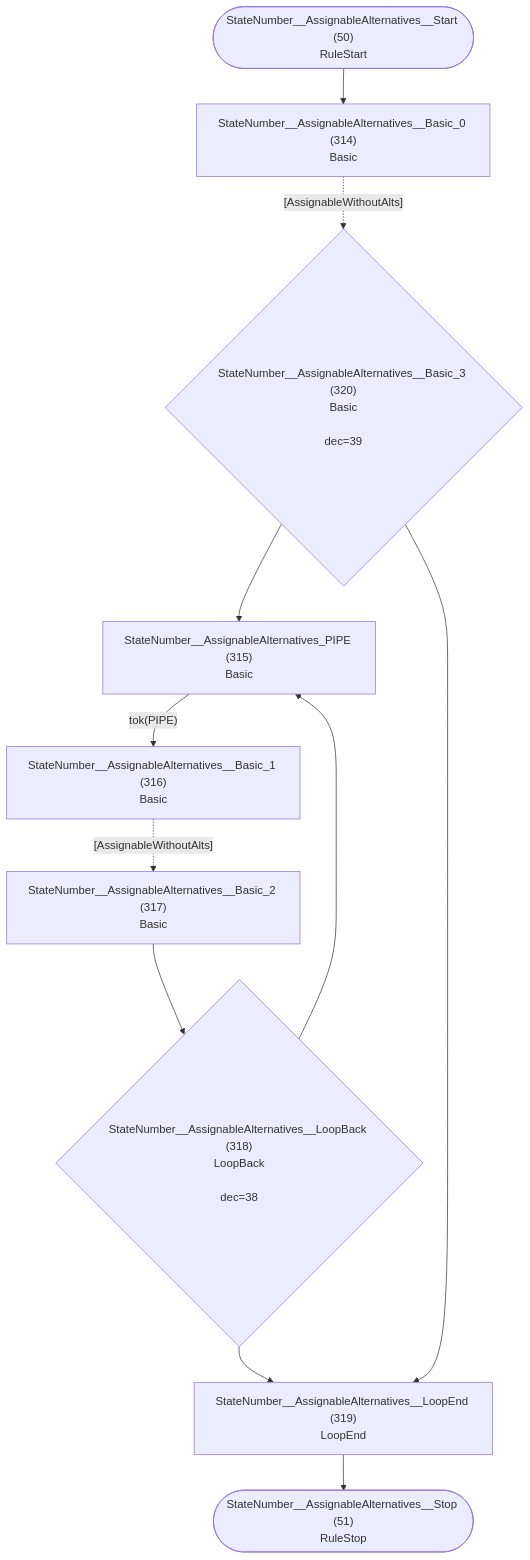
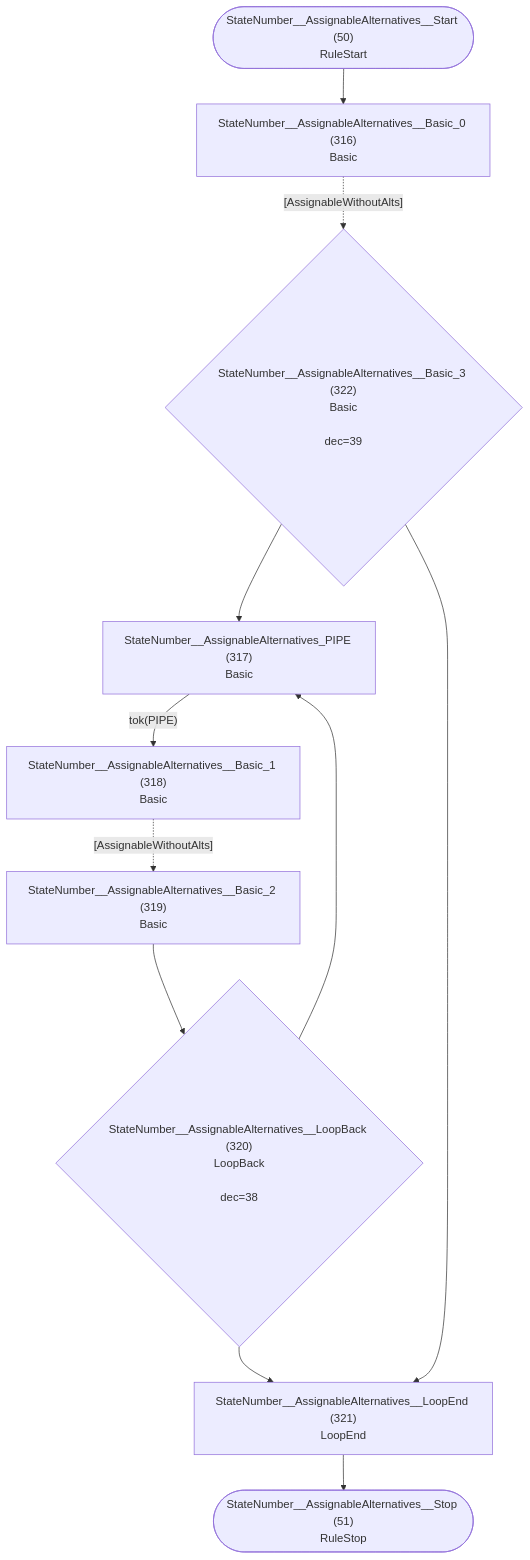
Before and after one commit to TypeFox/fastbelt: diagram 26 of 33 in internal/grammar/atn.md, drawn with Mermaid. The commit also changed other lines of this file and 6 other files, not shown here.

````diff
--- a/internal/grammar/atn.md
+++ b/internal/grammar/atn.md
@@ -805,23 +810,23 @@
 ```mermaid
 flowchart TD
     q50(["StateNumber__AssignableAlternatives__Start (50)<br/>RuleStart"])
     q51(["StateNumber__AssignableAlternatives__Stop (51)<br/>RuleStop"])
-    q314["StateNumber__AssignableAlternatives__Basic_0 (314)<br/>Basic<br/>"]
-    q315["StateNumber__AssignableAlternatives_PIPE (315)<br/>Basic<br/>"]
-    q316["StateNumber__AssignableAlternatives__Basic_1 (316)<br/>Basic<br/>"]
-    q317["StateNumber__AssignableAlternatives__Basic_2 (317)<br/>Basic<br/>"]
-    q318{"StateNumber__AssignableAlternatives__LoopBack (318)<br/>LoopBack<br/><br/>dec=38"}
-    q319["StateNumber__AssignableAlternatives__LoopEnd (319)<br/>LoopEnd<br/>"]
-    q320{"StateNumber__AssignableAlternatives__Basic_3 (320)<br/>Basic<br/><br/>dec=39"}
+    q316["StateNumber__AssignableAlternatives__Basic_0 (316)<br/>Basic<br/>"]
+    q317["StateNumber__AssignableAlternatives_PIPE (317)<br/>Basic<br/>"]
+    q318["StateNumber__AssignableAlternatives__Basic_1 (318)<br/>Basic<br/>"]
+    q319["StateNumber__AssignableAlternatives__Basic_2 (319)<br/>Basic<br/>"]
+    q320{"StateNumber__AssignableAlternatives__LoopBack (320)<br/>LoopBack<br/><br/>dec=38"}
+    q321["StateNumber__AssignableAlternatives__LoopEnd (321)<br/>LoopEnd<br/>"]
+    q322{"StateNumber__AssignableAlternatives__Basic_3 (322)<br/>Basic<br/><br/>dec=39"}
 
-    q50 --> q314
-    q314 -.->|"[AssignableWithoutAlts]"| q320
-    q315 -->|"tok(PIPE)"| q316
-    q316 -.->|"[AssignableWithoutAlts]"| q317
-    q317 --> q318
-    q318 --> q315
-    q318 --> q319
-    q319 --> q51
-    q320 --> q315
-    q320 --> q319
+    q50 --> q316
+    q316 -.->|"[AssignableWithoutAlts]"| q322
+    q317 -->|"tok(PIPE)"| q318
+    q318 -.->|"[AssignableWithoutAlts]"| q319
+    q319 --> q320
+    q320 --> q317
+    q320 --> q321
+    q321 --> q51
+    q322 --> q317
+    q322 --> q321
 ```
````
